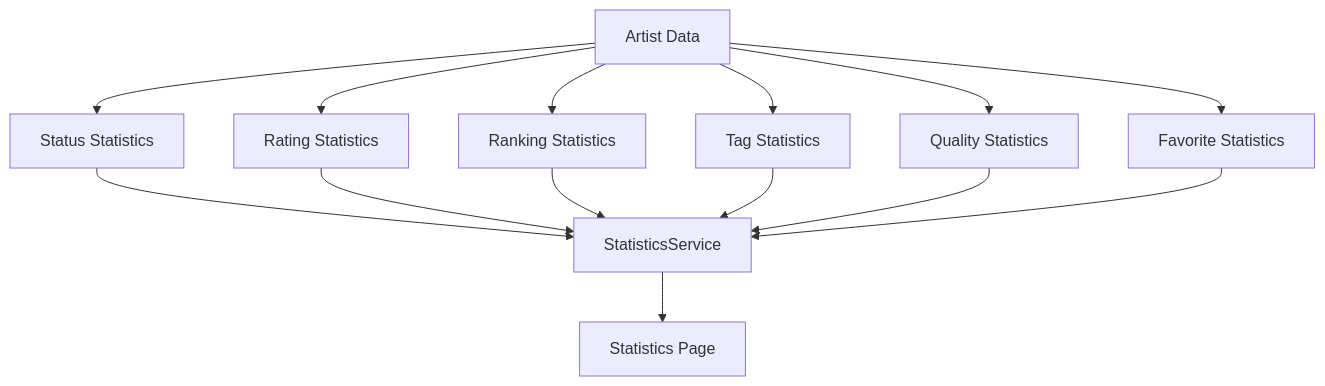
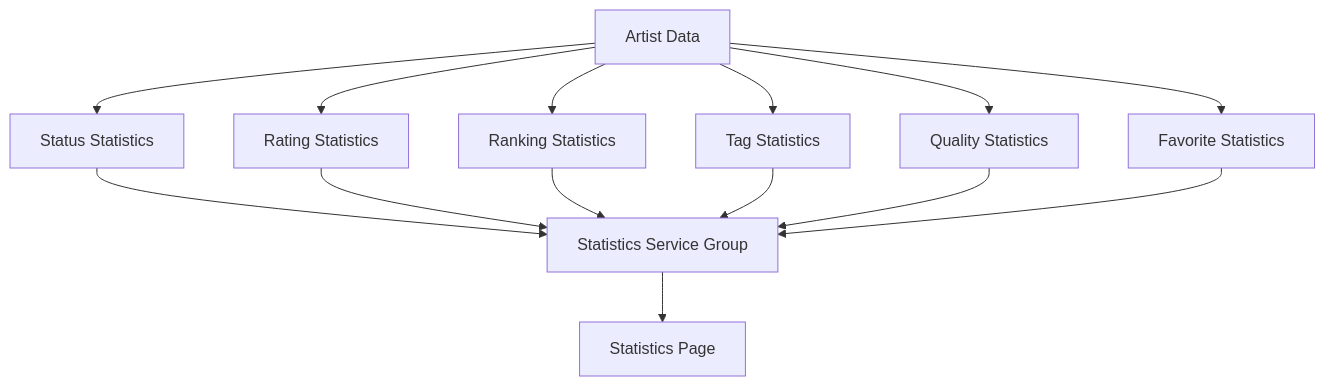
Diagram 22 of 23 in docs/07_ARCHITECTURE.md (PKT0623/PixivLocalManager), drawn with Mermaid before and after one commit. The commit also changed other lines of this file and 4 other files, not shown here.

Commit message:
docs: reorganize architecture and service documentation

````diff
--- a/docs/07_ARCHITECTURE.md
+++ b/docs/07_ARCHITECTURE.md
@@ -1354,30 +885,30 @@
 ```mermaid
 flowchart TD
 
 ARTISTS[Artist Data]
 
 ARTISTS --> STATUS
 ARTISTS --> RATING
 ARTISTS --> RANKING
 ARTISTS --> TAG
 ARTISTS --> QUALITY
 ARTISTS --> FAVORITE
 
 STATUS[Status Statistics]
 RATING[Rating Statistics]
 RANKING[Ranking Statistics]
 TAG[Tag Statistics]
 QUALITY[Quality Statistics]
 FAVORITE[Favorite Statistics]
 
 STATUS --> STATISTICS
 RATING --> STATISTICS
 RANKING --> STATISTICS
 TAG --> STATISTICS
 QUALITY --> STATISTICS
 FAVORITE --> STATISTICS
 
-STATISTICS[StatisticsService]
+STATISTICS[Statistics Service Group]
 
 STATISTICS --> PAGE[Statistics Page]
 ```
````
